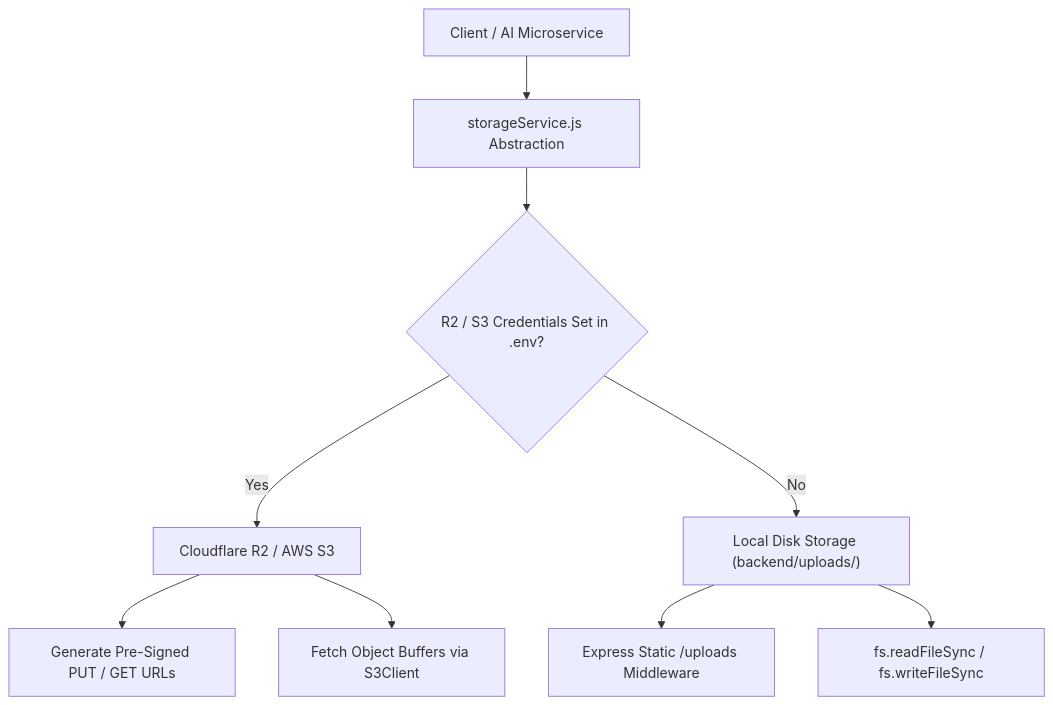
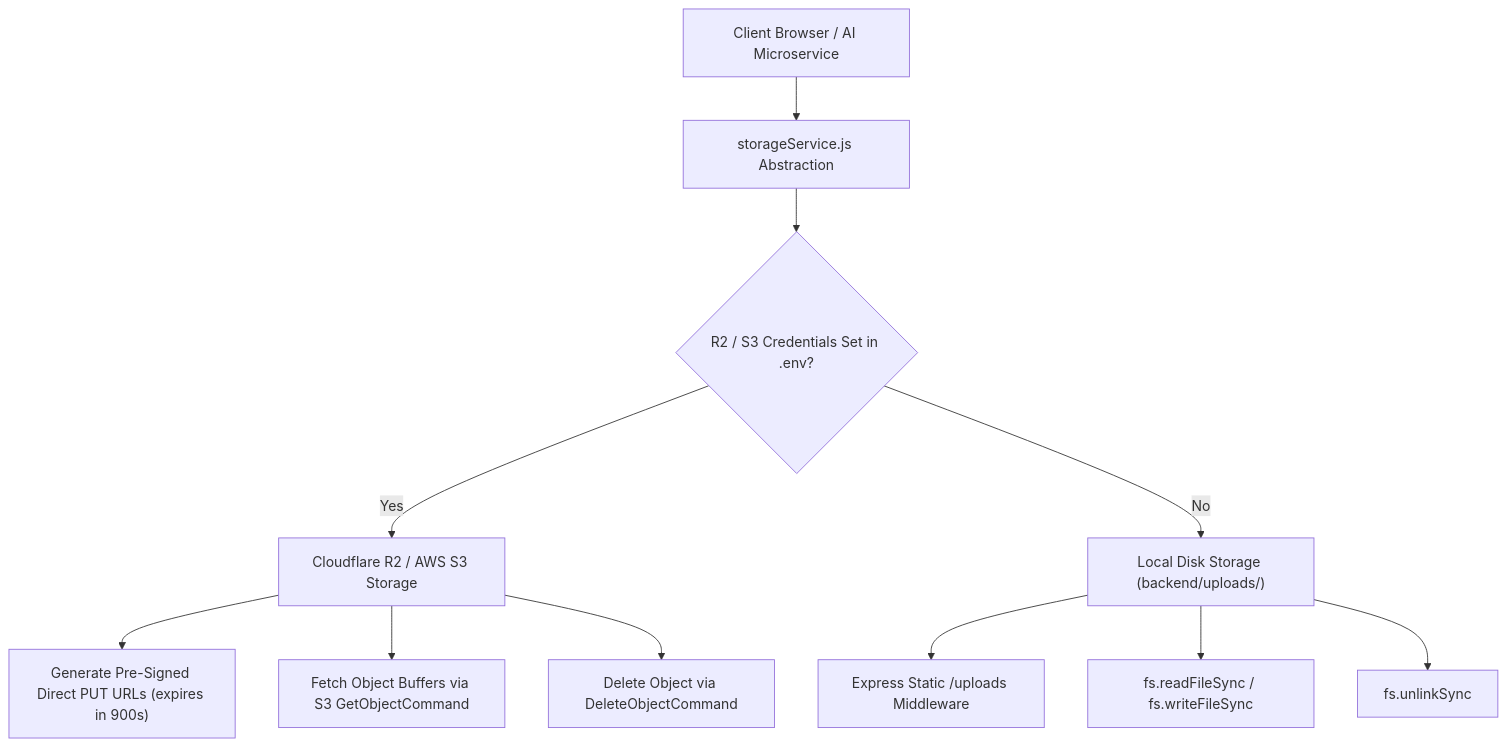
The first of 2 diagrams in docs/STORAGE_AND_MEDIA.md (Noob-code7/InterviewApp), drawn with Mermaid before and after one commit. The commit also changed other lines of this file and 8 other files, not shown here.

Commit message:
docs: enrich architecture documentation with deep engineering blueprints, mathematical formulations, and sequence diagrams

````diff
--- a/docs/STORAGE_AND_MEDIA.md
+++ b/docs/STORAGE_AND_MEDIA.md
@@ -7,14 +7,16 @@
 ```mermaid
 flowchart TD
-    Client["Client / AI Microservice"] --> StorageAPI["storageService.js Abstraction"]
+    Client["Client Browser / AI Microservice"] --> StorageAPI["storageService.js Abstraction"]
     
     StorageAPI --> CheckEnv{"R2 / S3 Credentials Set in .env?"}
     
-    CheckEnv -- Yes --> Cloud["Cloudflare R2 / AWS S3"]
-    Cloud --> Presigned["Generate Pre-Signed PUT / GET URLs"]
-    Cloud --> S3Stream["Fetch Object Buffers via S3Client"]
+    CheckEnv -- Yes --> CloudStorage["Cloudflare R2 / AWS S3 Storage"]
+    CloudStorage --> PresignedURL["Generate Pre-Signed Direct PUT URLs (expires in 900s)"]
+    CloudStorage --> S3Buffer["Fetch Object Buffers via S3 GetObjectCommand"]
+    CloudStorage --> S3Delete["Delete Object via DeleteObjectCommand"]
     
-    CheckEnv -- No --> Local["Local Disk Storage (backend/uploads/)"]
-    Local --> LocalRoute["Express Static /uploads Middleware"]
-    Local --> FsStream["fs.readFileSync / fs.writeFileSync"]
+    CheckEnv -- No --> LocalDisk["Local Disk Storage (backend/uploads/)"]
+    LocalDisk --> LocalStatic["Express Static /uploads Middleware"]
+    LocalDisk --> LocalBuffer["fs.readFileSync / fs.writeFileSync"]
+    LocalDisk --> LocalDelete["fs.unlinkSync"]
 ```
````
